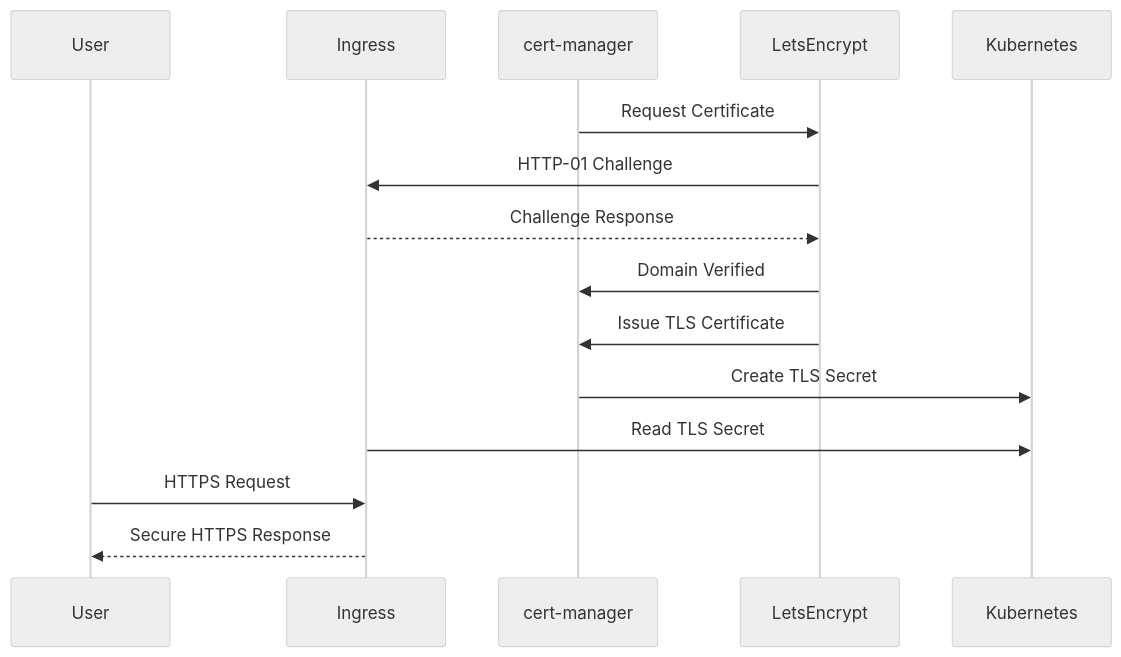
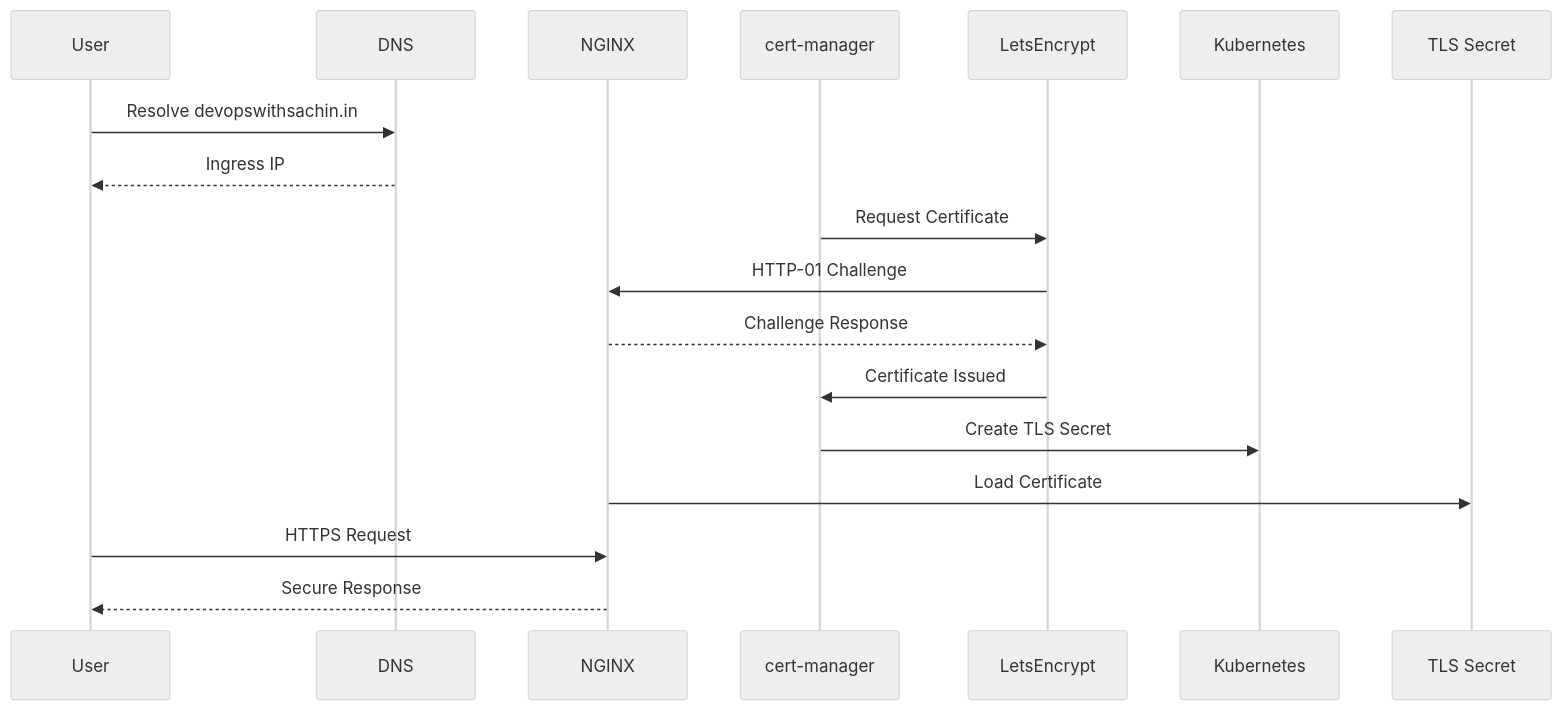
The first of 2 diagrams in docs/14-cert-manager-and-tls.md (ssavaniya/gke-wif-deployment), drawn with Mermaid (neutral theme) before and after one commit. The commit also changed other lines of this file and 1 other file, not shown here.

````diff
--- a/docs/14-cert-manager-and-tls.md
+++ b/docs/14-cert-manager-and-tls.md
@@ -203,27 +321,29 @@
 ```mermaid
 sequenceDiagram
 
 participant User
-participant Ingress
+participant DNS
+participant NGINX
 participant cert-manager
 participant LetsEncrypt
-participant Kubernetes
+
+User->>DNS: Resolve devopswithsachin.in
+
+DNS-->>User: Ingress IP
 
 cert-manager->>LetsEncrypt: Request Certificate
 
-LetsEncrypt->>Ingress: HTTP-01 Challenge
+LetsEncrypt->>NGINX: HTTP-01 Challenge
 
-Ingress-->>LetsEncrypt: Challenge Response
+NGINX-->>LetsEncrypt: Challenge Response
 
-LetsEncrypt->>cert-manager: Domain Verified
-
-LetsEncrypt->>cert-manager: Issue TLS Certificate
+LetsEncrypt->>cert-manager: Certificate Issued
 
 cert-manager->>Kubernetes: Create TLS Secret
 
-Ingress->>Kubernetes: Read TLS Secret
+NGINX->>TLS Secret: Load Certificate
 
-User->>Ingress: HTTPS Request
+User->>NGINX: HTTPS Request
 
-Ingress-->>User: Secure HTTPS Response
+NGINX-->>User: Secure Response
 ```
````
